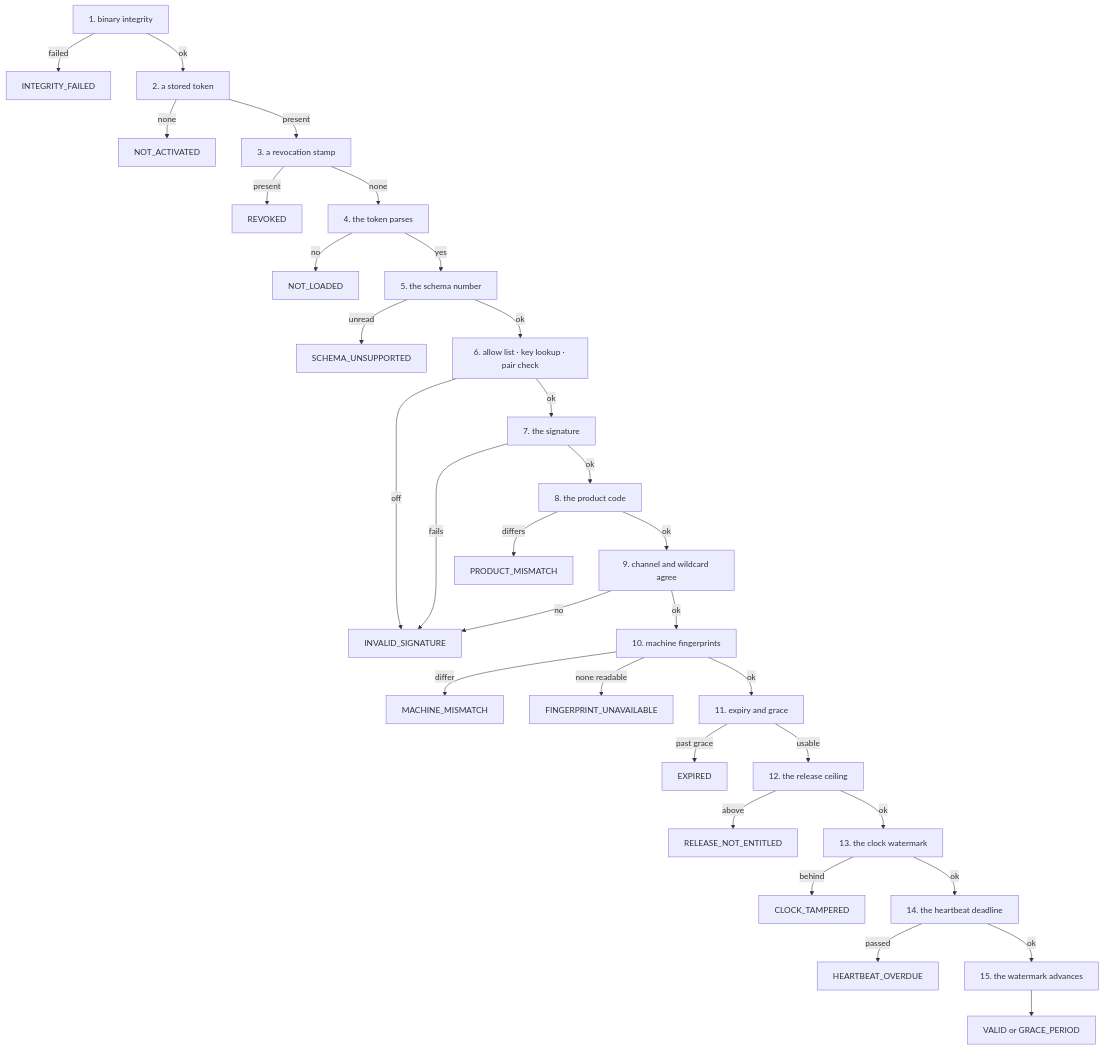
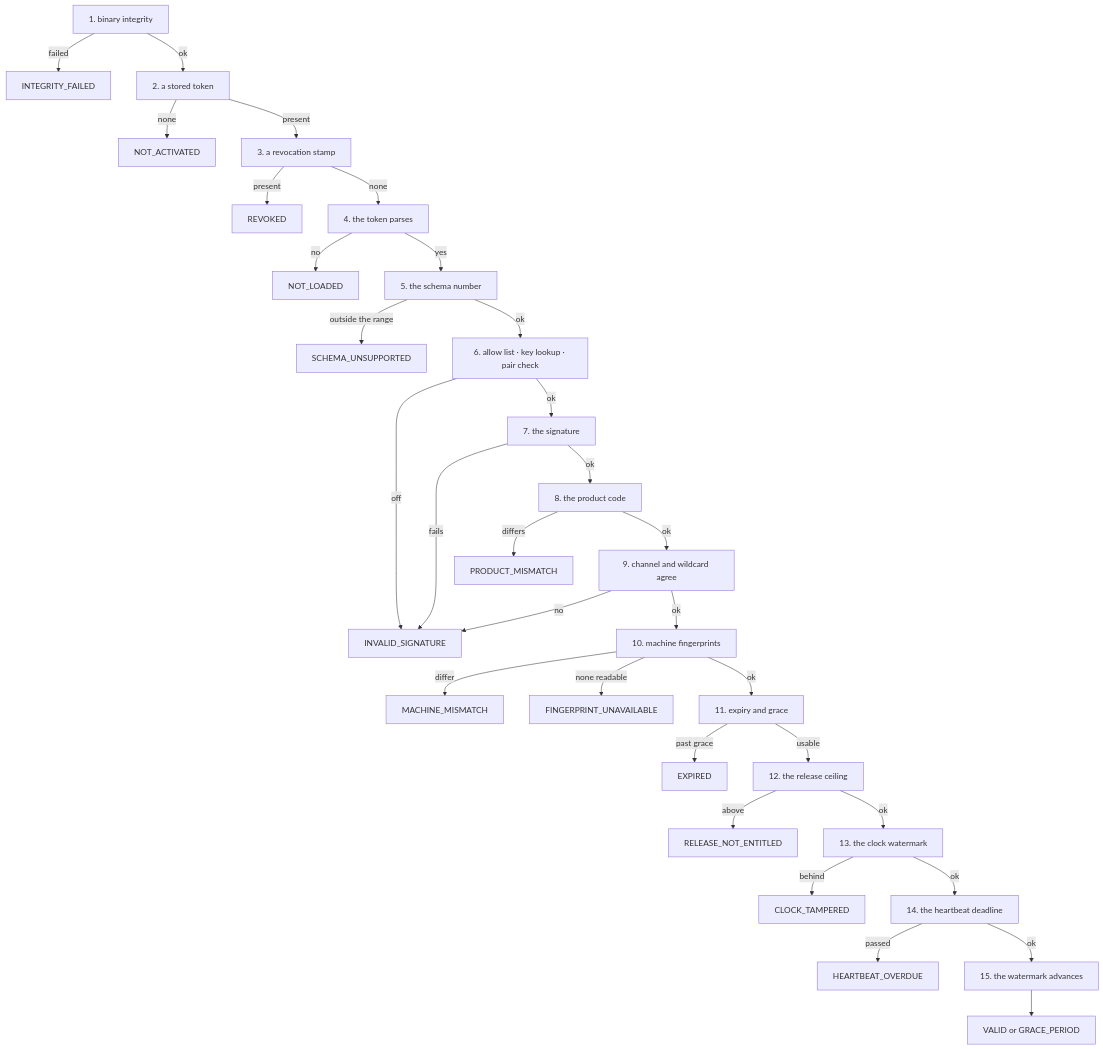
One commit to accesscore-dev/accesscore-license-sdk-dist changed the fifth of 7 diagrams in docs/manual/en/concepts.md. Above: the diagram before and after it, drawn with Mermaid. The commit also changed other lines of this file and 26 other files, not shown here.

````diff
--- a/docs/manual/en/concepts.md
+++ b/docs/manual/en/concepts.md
@@ -226,33 +230,33 @@
 ```mermaid
 flowchart TD
     A[1. binary integrity] -->|failed| AX[INTEGRITY_FAILED]
     A -->|ok| B[2. a stored token]
     B -->|none| BX[NOT_ACTIVATED]
     B -->|present| C[3. a revocation stamp]
     C -->|present| CX[REVOKED]
     C -->|none| D[4. the token parses]
     D -->|no| DX[NOT_LOADED]
     D -->|yes| E[5. the schema number]
-    E -->|unread| EX[SCHEMA_UNSUPPORTED]
+    E -->|outside the range| EX[SCHEMA_UNSUPPORTED]
     E -->|ok| F[6. allow list · key lookup · pair check]
     F -->|off| FX[INVALID_SIGNATURE]
     F -->|ok| G[7. the signature]
     G -->|fails| FX
     G -->|ok| H[8. the product code]
     H -->|differs| HX[PRODUCT_MISMATCH]
     H -->|ok| I[9. channel and wildcard agree]
     I -->|no| FX
     I -->|ok| J[10. machine fingerprints]
     J -->|differ| JX[MACHINE_MISMATCH]
     J -->|none readable| JY[FINGERPRINT_UNAVAILABLE]
     J -->|ok| K[11. expiry and grace]
     K -->|past grace| KX[EXPIRED]
     K -->|usable| L[12. the release ceiling]
     L -->|above| LX[RELEASE_NOT_ENTITLED]
     L -->|ok| M[13. the clock watermark]
     M -->|behind| MX[CLOCK_TAMPERED]
     M -->|ok| N[14. the heartbeat deadline]
     N -->|passed| NX[HEARTBEAT_OVERDUE]
     N -->|ok| O[15. the watermark advances]
     O --> OK[VALID or GRACE_PERIOD]
 ```
````
